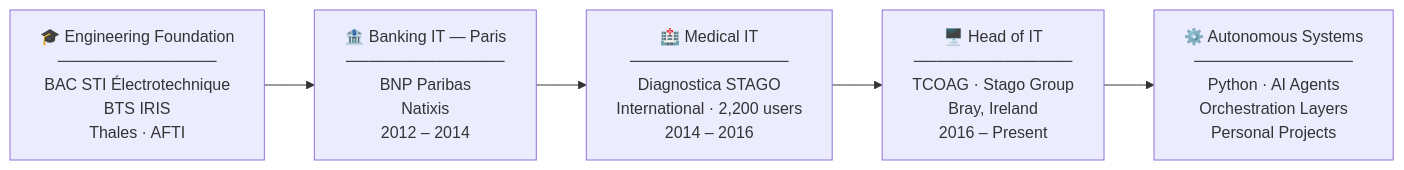
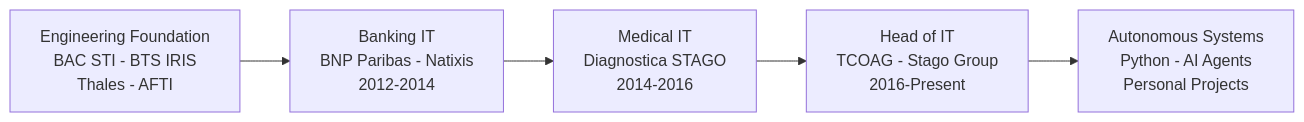
Before and after one commit to Stoneface30/Stoneface30: the diagram in README.md, drawn with Mermaid.

Commit message:
Simplify README: remove special chars breaking profile render
Remove emojis, unicode dashes, and accented chars from Mermaid block
that were causing silent profile README render failure.

````diff
--- a/README.md
+++ b/README.md
@@ -11,10 +11,10 @@
 ```mermaid
 flowchart LR
-    EDU["🎓 Engineering Foundation\n──────────────\nBAC STI Électrotechnique\nBTS IRIS\nThales · AFTI"]
-    BANK["🏦 Banking IT — Paris\n──────────────\nBNP Paribas\nNatixis\n2012 – 2014"]
-    MED["🏥 Medical IT\n──────────────\nDiagnostica STAGO\nInternational · 2,200 users\n2014 – 2016"]
-    HEAD["🖥️ Head of IT\n──────────────\nTCOAG · Stago Group\nBray, Ireland\n2016 – Present"]
-    SYS["⚙️ Autonomous Systems\n──────────────\nPython · AI Agents\nOrchestration Layers\nPersonal Projects"]
+    A[Engineering Foundation\nBAC STI - BTS IRIS\nThales - AFTI]
+    B[Banking IT\nBNP Paribas - Natixis\n2012-2014]
+    C[Medical IT\nDiagnostica STAGO\n2014-2016]
+    D[Head of IT\nTCOAG - Stago Group\n2016-Present]
+    E[Autonomous Systems\nPython - AI Agents\nPersonal Projects]
 
-    EDU --> BANK --> MED --> HEAD --> SYS
+    A --> B --> C --> D --> E
 ```
````
